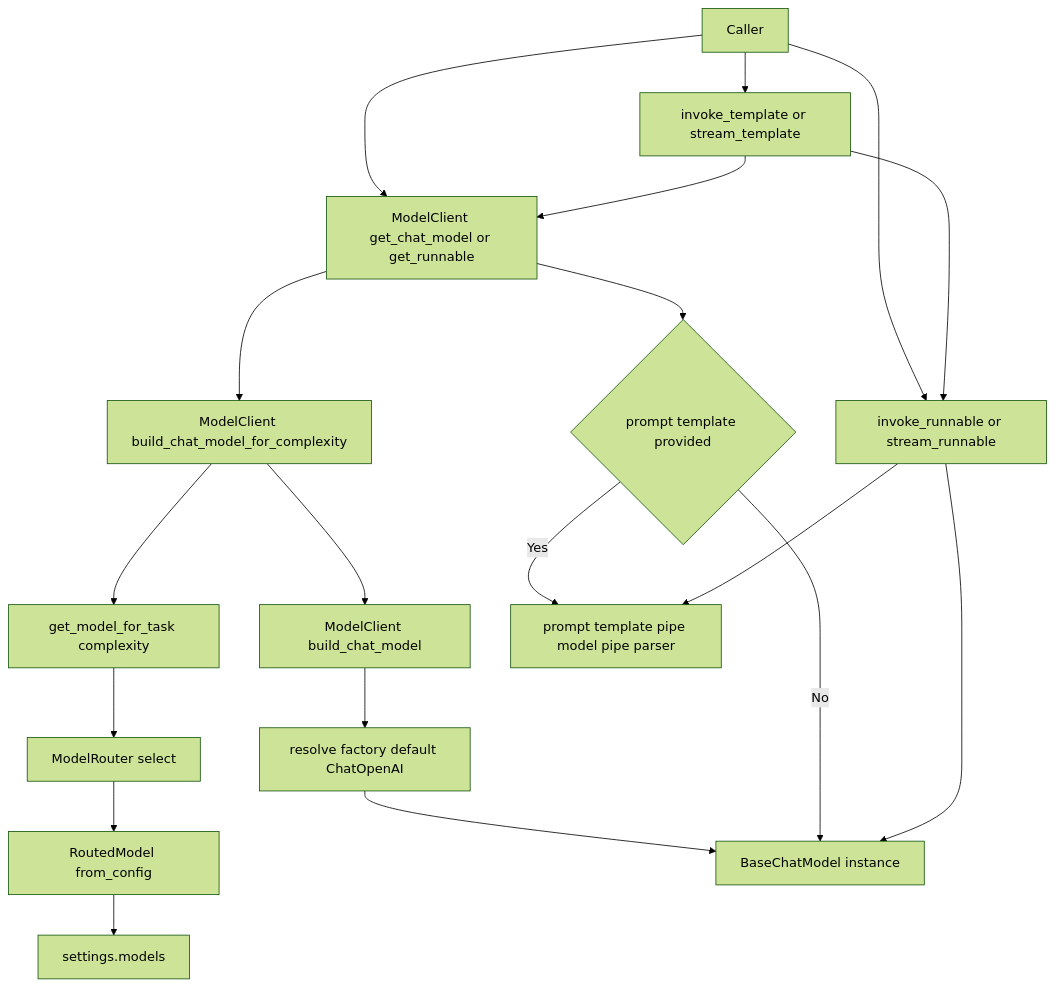
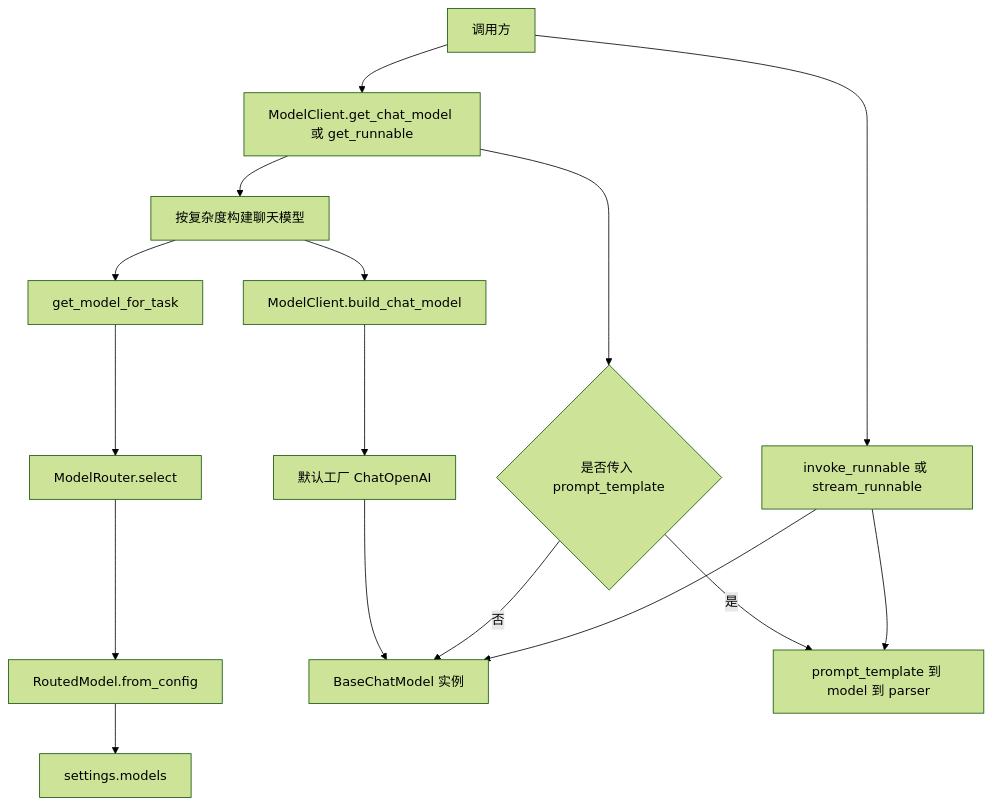
One commit to John-zzy/Agentic-RAG-Project changed the second of 2 diagrams in backend/platform/models/README.md. Above: the diagram before and after it, drawn with Mermaid (forest theme). The commit also changed other lines of this file, not shown here.

````diff
--- a/backend/platform/models/README.md
+++ b/backend/platform/models/README.md
@@ -112,25 +292,21 @@
 ```mermaid
 flowchart TD
-    A[Caller] --> B[ModelClient get_chat_model or get_runnable]
-    B --> C[ModelClient build_chat_model_for_complexity]
-    C --> D[get_model_for_task complexity]
-    D --> E[ModelRouter select]
-    E --> F[RoutedModel from_config]
+    A[调用方] --> B[ModelClient.get_chat_model 或 get_runnable]
+    B --> C[按复杂度构建聊天模型]
+    C --> D[get_model_for_task]
+    D --> E[ModelRouter.select]
+    E --> F[RoutedModel.from_config]
     F --> G[settings.models]
 
-    C --> H[ModelClient build_chat_model]
-    H --> I[resolve factory default ChatOpenAI]
-    I --> J[BaseChatModel instance]
+    C --> H[ModelClient.build_chat_model]
+    H --> I[默认工厂 ChatOpenAI]
+    I --> J[BaseChatModel 实例]
 
-    B --> K{prompt template provided}
-    K -- No --> J
-    K -- Yes --> L[prompt template pipe model pipe parser]
+    B --> K{是否传入 prompt_template}
+    K -- 否 --> J
+    K -- 是 --> L[prompt_template 到 model 到 parser]
 
-    A --> M[invoke_runnable or stream_runnable]
+    A --> M[invoke_runnable 或 stream_runnable]
     M --> J
     M --> L
-
-    A --> N[invoke_template or stream_template]
-    N --> B
-    N --> M
 ```
````
